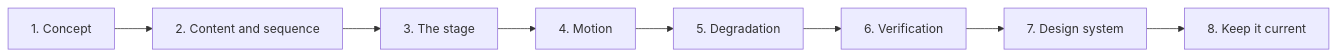
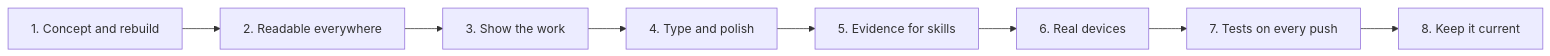
Before and after one commit to MoAbboud/PortFolio: the diagram in resume/requirements/00-plan.md, drawn with Mermaid. The commit also changed other lines of this file and 6 other files, not shown here.

````diff
--- a/resume/requirements/00-plan.md
+++ b/resume/requirements/00-plan.md
@@ -14,10 +14,10 @@
 ```mermaid
 flowchart LR
-    S1[1. Concept] --> S2[2. Content and sequence]
-    S2 --> S3[3. The stage]
-    S3 --> S4[4. Motion]
-    S4 --> S5[5. Degradation]
-    S5 --> S6[6. Verification]
-    S6 --> S7[7. Design system]
+    S1[1. Concept and rebuild] --> S2[2. Readable everywhere]
+    S2 --> S3[3. Show the work]
+    S3 --> S4[4. Type and polish]
+    S4 --> S5[5. Evidence for skills]
+    S5 --> S6[6. Real devices]
+    S6 --> S7[7. Tests on every push]
     S7 --> S8[8. Keep it current]
 ```
````
